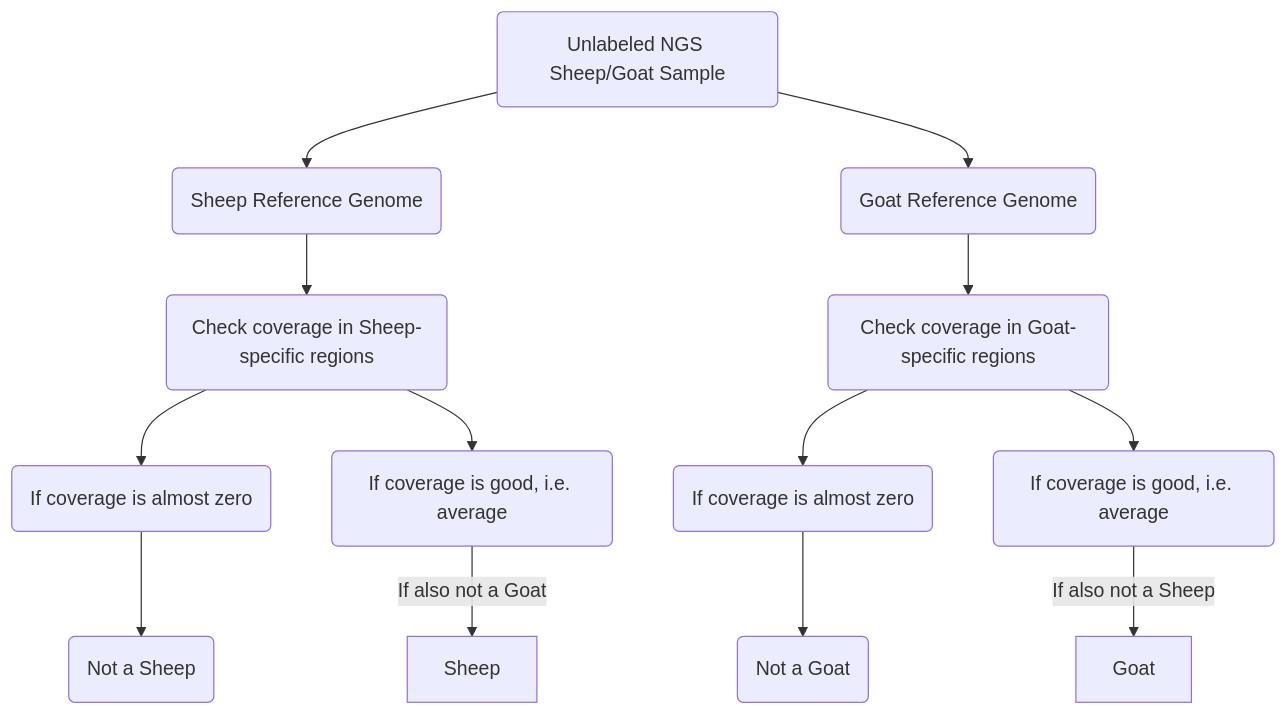
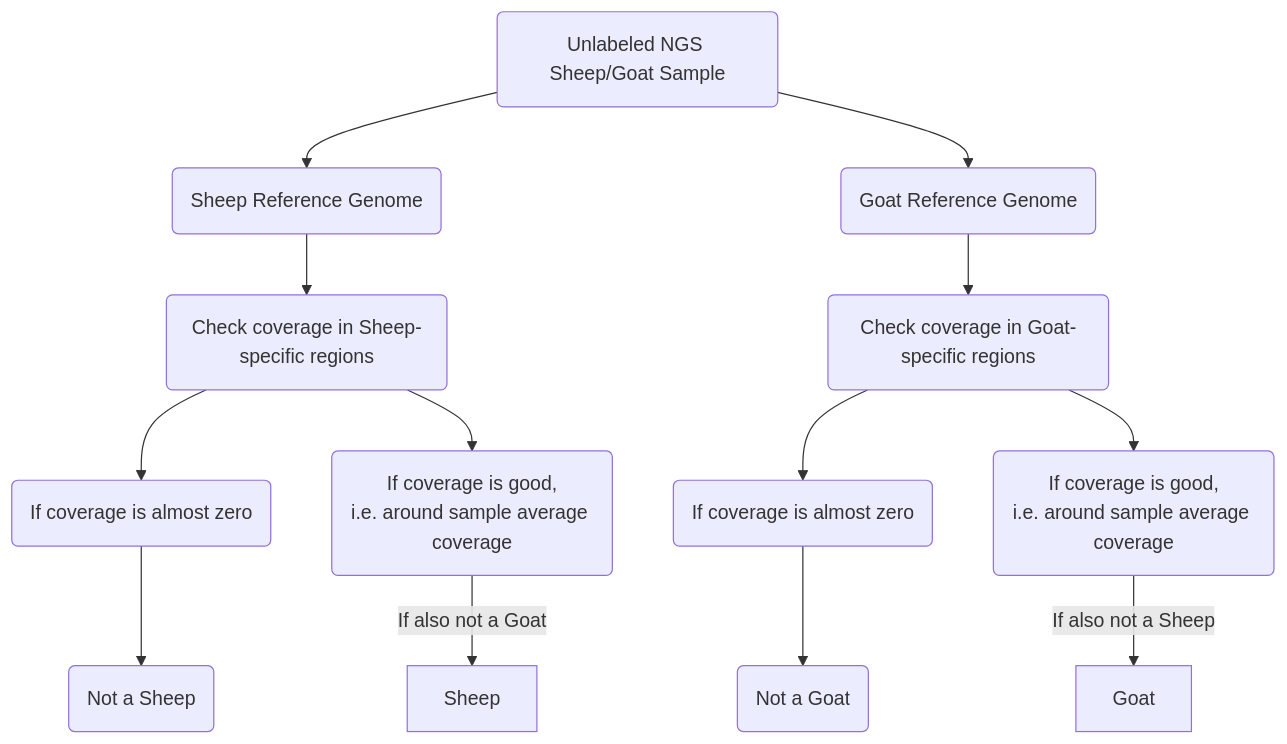
The diagram in README.md (BTC-Lab/Goat_Sheep_specific_regions), drawn with Mermaid before and after one commit. The commit also changed other lines of this file, not shown here.

````diff
--- a/README.md
+++ b/README.md
@@ -25,15 +25,15 @@
 ```mermaid
 graph TD;
     Unlabeled_NGS_Sample(Unlabeled NGS Sheep/Goat Sample)-->Sheep_Reference_Genome(Sheep Reference Genome);
     Unlabeled_NGS_Sample(Unlabeled NGS Sheep/Goat Sample)-->Goat_Reference_Genome(Goat Reference Genome);
     Sheep_Reference_Genome-->check_coverage_in_Sheep_specific_regions(Check coverage in Sheep-specific regions);
     Goat_Reference_Genome-->check_coverage_in_Goat_specific_regions(Check coverage in Goat-specific regions);
     check_coverage_in_Sheep_specific_regions-->if_coverage_almost_zero(If coverage is almost zero);
-    check_coverage_in_Sheep_specific_regions-->if_coverage_is_good(If coverage is good, i.e. average);
+    check_coverage_in_Sheep_specific_regions-->if_coverage_is_good(If coverage is good,\ni.e. around sample average coverage);
     if_coverage_is_good -- If also not a Goat -->Sheep;
     if_coverage_almost_zero-->not_a_Sheep(Not a Sheep);
     check_coverage_in_Goat_specific_regions-->if_coverage_almost_zero.(If coverage is almost zero);
     if_coverage_almost_zero. -->not_a_Goat(Not a Goat);
-    check_coverage_in_Goat_specific_regions-->if_coverage_is_good.(If coverage is good, i.e. average);
+    check_coverage_in_Goat_specific_regions-->if_coverage_is_good.(If coverage is good,\ni.e. around sample average coverage);
     if_coverage_is_good. -- If also not a Sheep -->Goat
 ```
````
